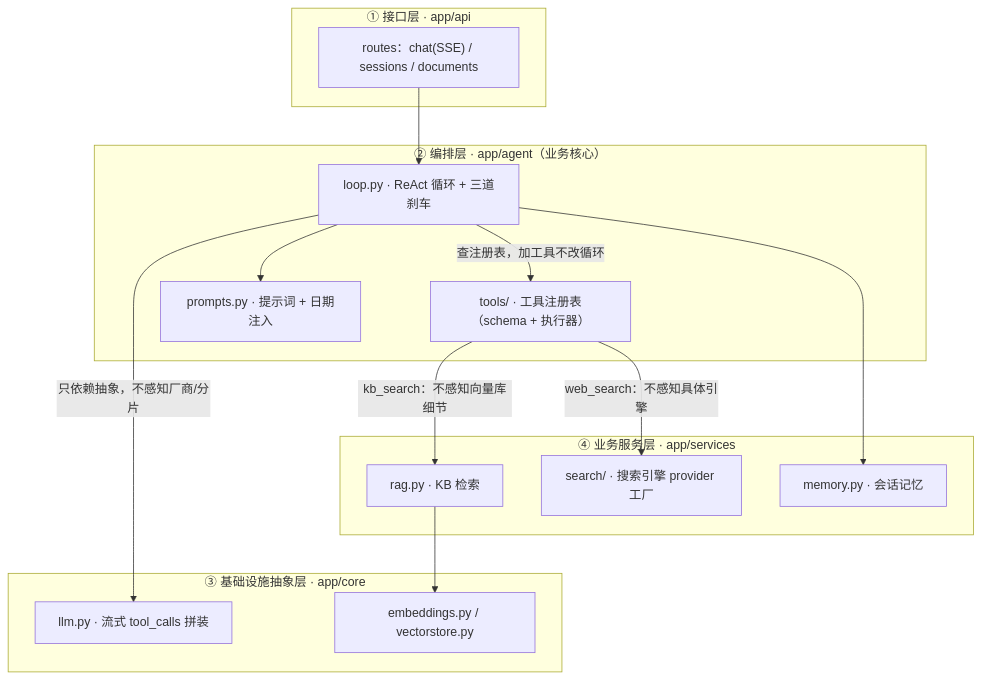
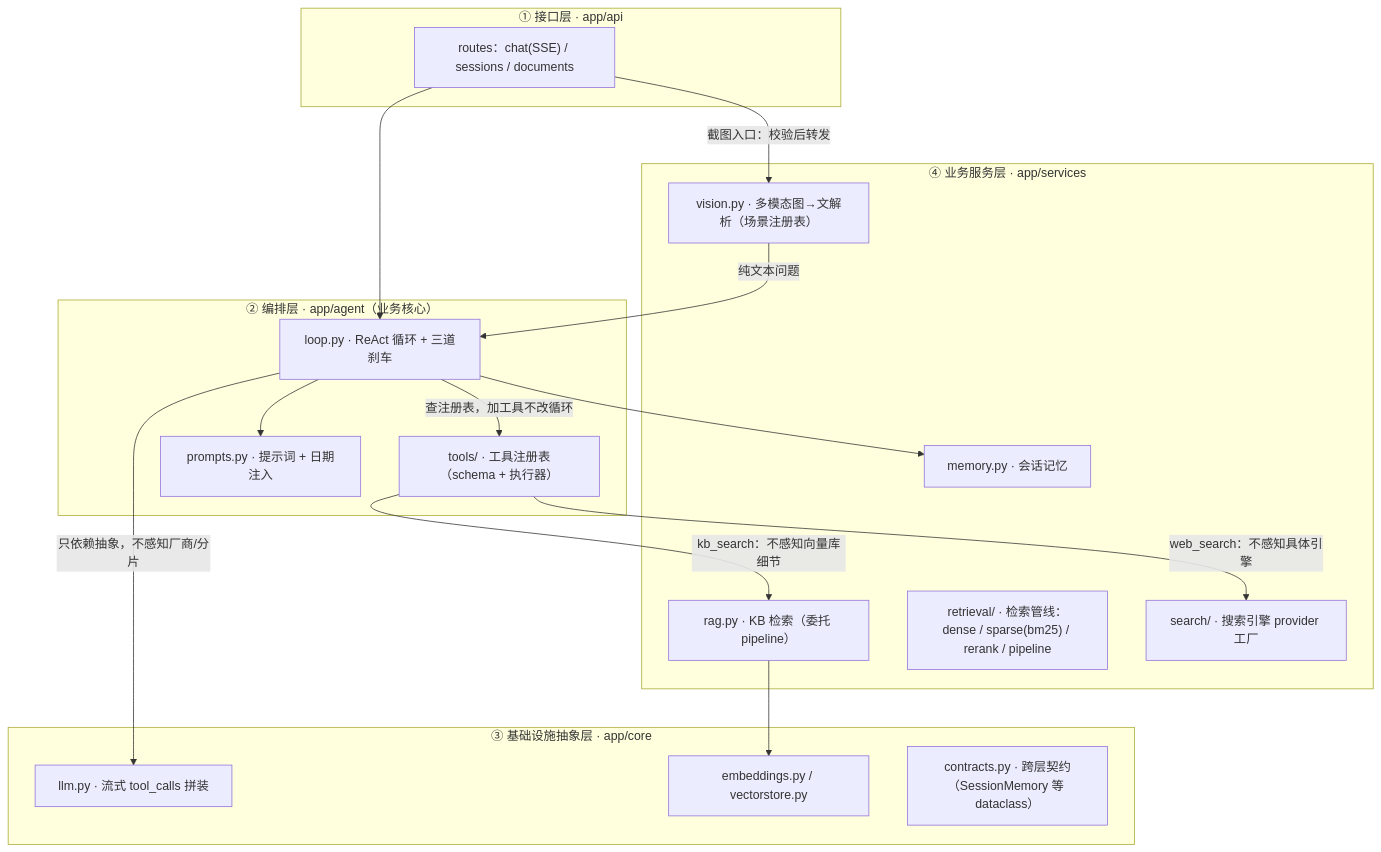
The second of 3 diagrams in README.md (Zora-ZhouHui/QA-assistant), drawn with Mermaid before and after one commit. The commit also changed other lines of this file and 25 other files, not shown here.

````diff
--- a/README.md
+++ b/README.md
@@ -86,32 +103,37 @@
 ```mermaid
 flowchart TB
     subgraph api["① 接口层 · app/api"]
         R["routes：chat(SSE) / sessions / documents"]
     end
 
     subgraph agent["② 编排层 · app/agent（业务核心）"]
         LOOP["loop.py · ReAct 循环 + 三道刹车"]
         TOOLS["tools/ · 工具注册表（schema + 执行器）"]
         PROMPT["prompts.py · 提示词 + 日期注入"]
     end
 
     subgraph core["③ 基础设施抽象层 · app/core"]
         LLM["llm.py · 流式 tool_calls 拼装"]
         VS["embeddings.py / vectorstore.py"]
+        CON["contracts.py · 跨层契约（SessionMemory 等 dataclass）"]
     end
 
     subgraph svc["④ 业务服务层 · app/services"]
-        RAG["rag.py · KB 检索"]
+        RAG["rag.py · KB 检索（委托 pipeline）"]
+        RET["retrieval/ · 检索管线：dense / sparse(bm25) / rerank / pipeline"]
         SCH["search/ · 搜索引擎 provider 工厂"]
         MEM["memory.py · 会话记忆"]
+        VISION["vision.py · 多模态图→文解析（场景注册表）"]
     end
 
     R --> LOOP
     LOOP -->|"只依赖抽象，不感知厂商/分片"| LLM
     LOOP -->|"查注册表，加工具不改循环"| TOOLS
     LOOP --> PROMPT
     TOOLS -->|"kb_search：不感知向量库细节"| RAG
     TOOLS -->|"web_search：不感知具体引擎"| SCH
     RAG --> VS
     LOOP --> MEM
+    R -->|"截图入口：校验后转发"| VISION
+    VISION -->|"纯文本问题"| LOOP
 ```
````
